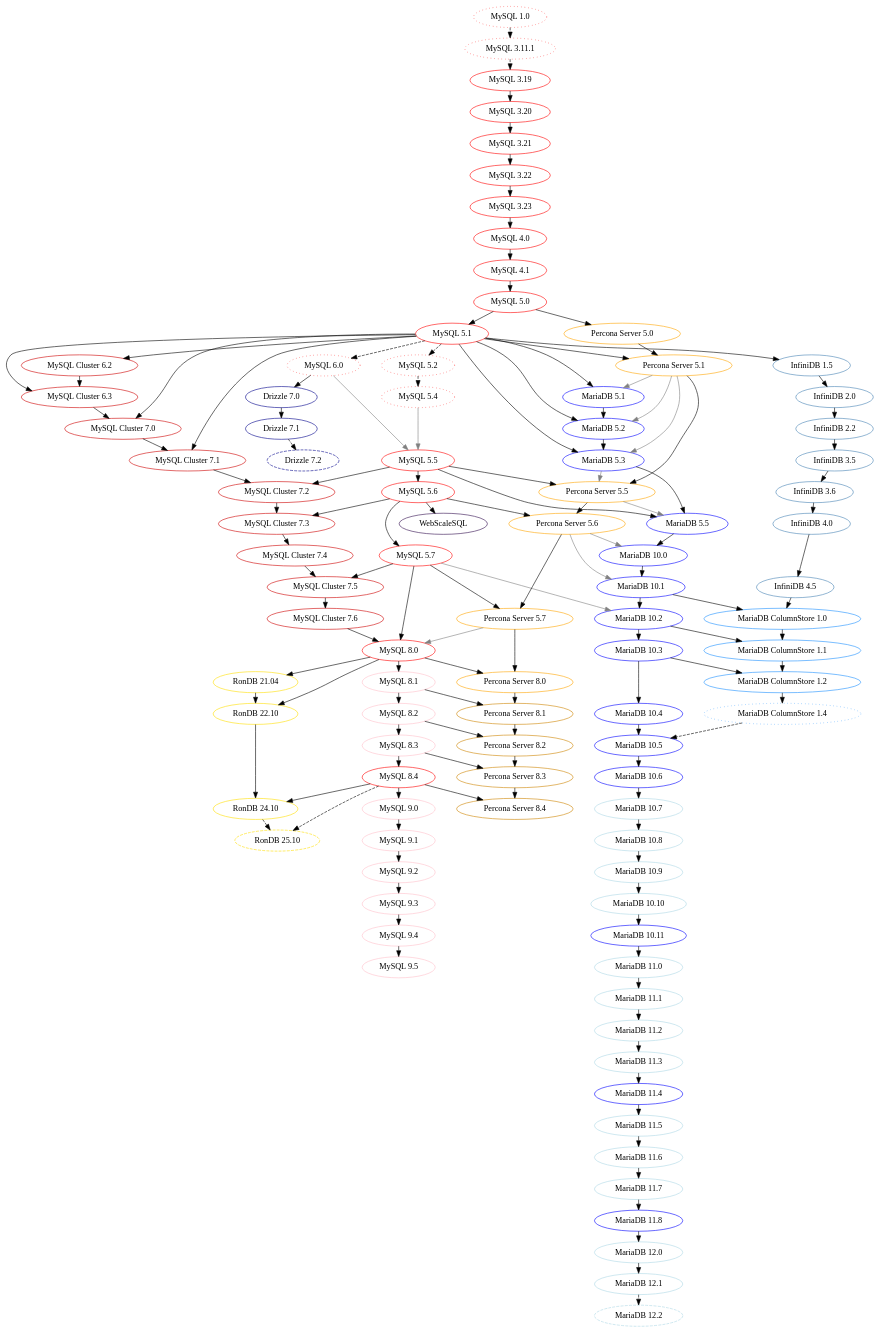
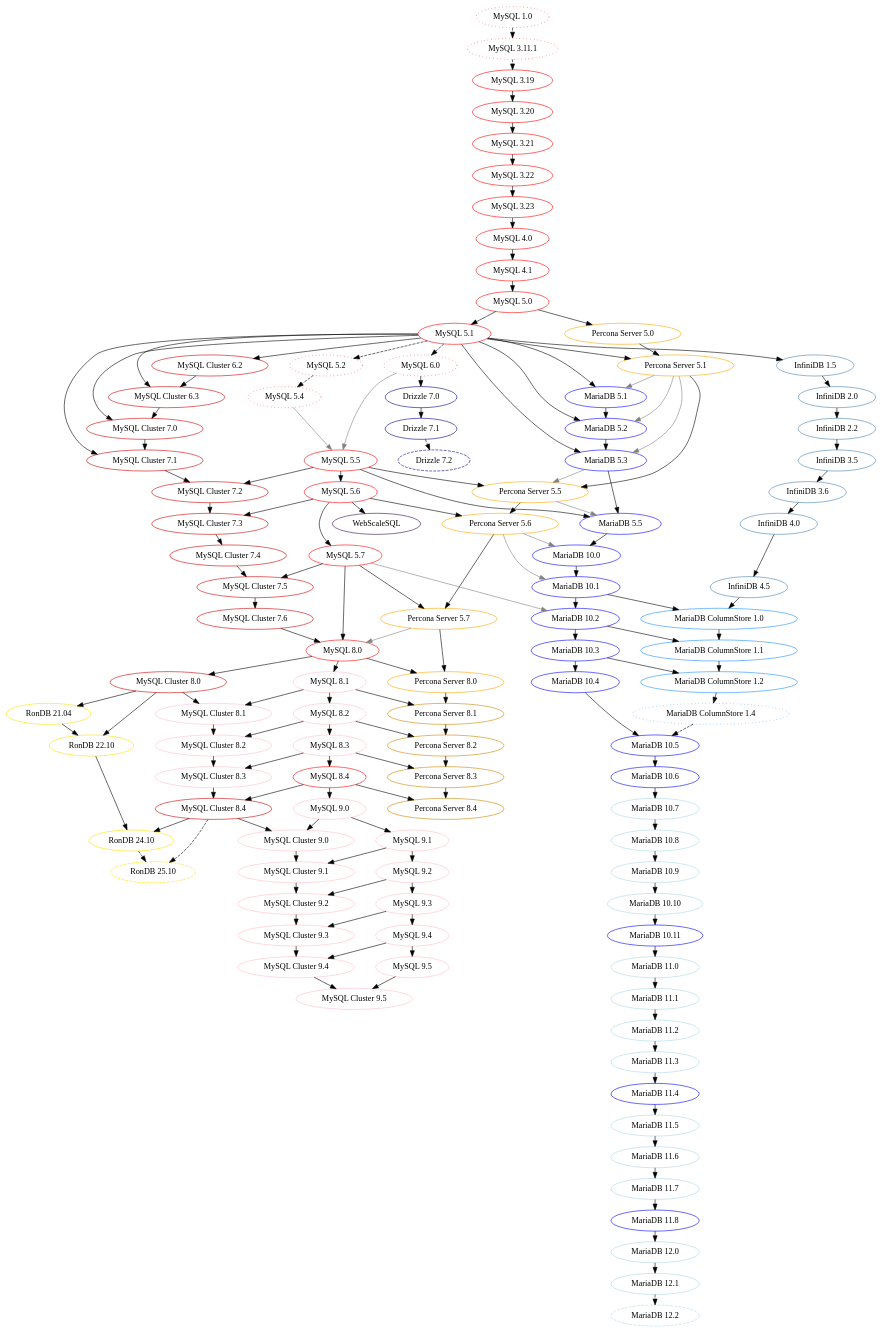
The diagram in mysql-history-graph.dot (dveeden/mysql-history-graph), drawn with Graphviz before and after one commit. The commit also changed 1 other file, not shown here.

Commit message:
Add MySQL Cluster versions from 8.0+
- MySQL NDB Cluster is relased as its own product although using the same branch as main MySQL.
- Move RonDB to be based off of MySQL Cluster.

```diff
--- a/mysql-history-graph.dot
+++ b/mysql-history-graph.dot
@@ -115,6 +115,38 @@
 	"MySQL 5.7" -> "MySQL Cluster 7.5";
 	"MySQL Cluster 7.4" -> "MySQL Cluster 7.5";
 	"MySQL Cluster 7.5" -> "MySQL Cluster 7.6";
+	"MySQL Cluster 8.0"  [color="red3"]
+	"MySQL Cluster 8.1"  [color="pink"]
+	"MySQL Cluster 8.2"  [color="pink"]
+	"MySQL Cluster 8.3"  [color="pink"]
+	"MySQL Cluster 8.4"  [color="red3"]
+	"MySQL Cluster 9.0"  [color="pink"]
+	"MySQL Cluster 9.1"  [color="pink"]
+	"MySQL Cluster 9.2"  [color="pink"]
+	"MySQL Cluster 9.3"  [color="pink"]
+	"MySQL Cluster 9.4"  [color="pink"]
+	"MySQL Cluster 9.5"  [color="pink"]
+	"MySQL 8.0" -> "MySQL Cluster 8.0";
+	"MySQL Cluster 8.0" -> "MySQL Cluster 8.1";
+	"MySQL 8.1" -> "MySQL Cluster 8.1";
+	"MySQL Cluster 8.1" -> "MySQL Cluster 8.2";
+	"MySQL 8.2" -> "MySQL Cluster 8.2";
+	"MySQL Cluster 8.2" -> "MySQL Cluster 8.3";
+	"MySQL 8.3" -> "MySQL Cluster 8.3";
+	"MySQL Cluster 8.3" -> "MySQL Cluster 8.4";
+	"MySQL 8.4" -> "MySQL Cluster 8.4";
+	"MySQL Cluster 8.4" -> "MySQL Cluster 9.0";
+	"MySQL 9.0" -> "MySQL Cluster 9.0";
+	"MySQL Cluster 9.0" -> "MySQL Cluster 9.1";
+	"MySQL 9.1" -> "MySQL Cluster 9.1";
+	"MySQL Cluster 9.1" -> "MySQL Cluster 9.2";
+	"MySQL 9.2" -> "MySQL Cluster 9.2";
+	"MySQL Cluster 9.2" -> "MySQL Cluster 9.3";
+	"MySQL 9.3" -> "MySQL Cluster 9.3";
+	"MySQL Cluster 9.3" -> "MySQL Cluster 9.4";
+	"MySQL 9.4" -> "MySQL Cluster 9.4";
+	"MySQL Cluster 9.4" -> "MySQL Cluster 9.5";
+	"MySQL 9.5" -> "MySQL Cluster 9.5";
 
 	/*
 		MariaDB
@@ -282,10 +314,10 @@
 	"RonDB 21.04" -> "RonDB 22.10";
 	"RonDB 22.10" -> "RonDB 24.10";
 	"RonDB 24.10" -> "RonDB 25.10" [style="dashed"];
-	"MySQL 8.0" -> "RonDB 21.04";
-	"MySQL 8.0" -> "RonDB 22.10";
-	"MySQL 8.4" -> "RonDB 24.10";
-	"MySQL 8.4" -> "RonDB 25.10" [style="dashed"];
+	"MySQL Cluster 8.0" -> "RonDB 21.04";
+	"MySQL Cluster 8.0" -> "RonDB 22.10";
+	"MySQL Cluster 8.4" -> "RonDB 24.10";
+	"MySQL Cluster 8.4" -> "RonDB 25.10" [style="dashed"];
 
 	"WebScaleSQL" [color="#330e50"];
 	"MySQL 5.6" -> "WebScaleSQL";
```
